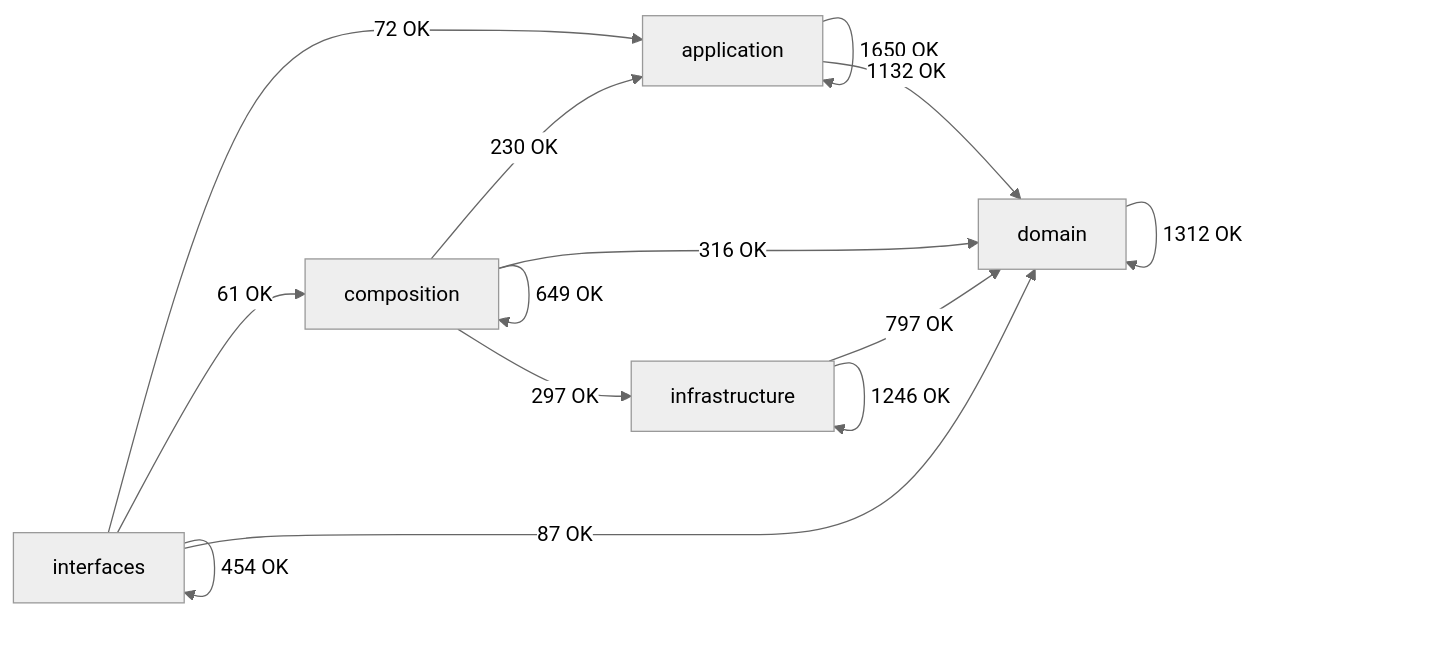
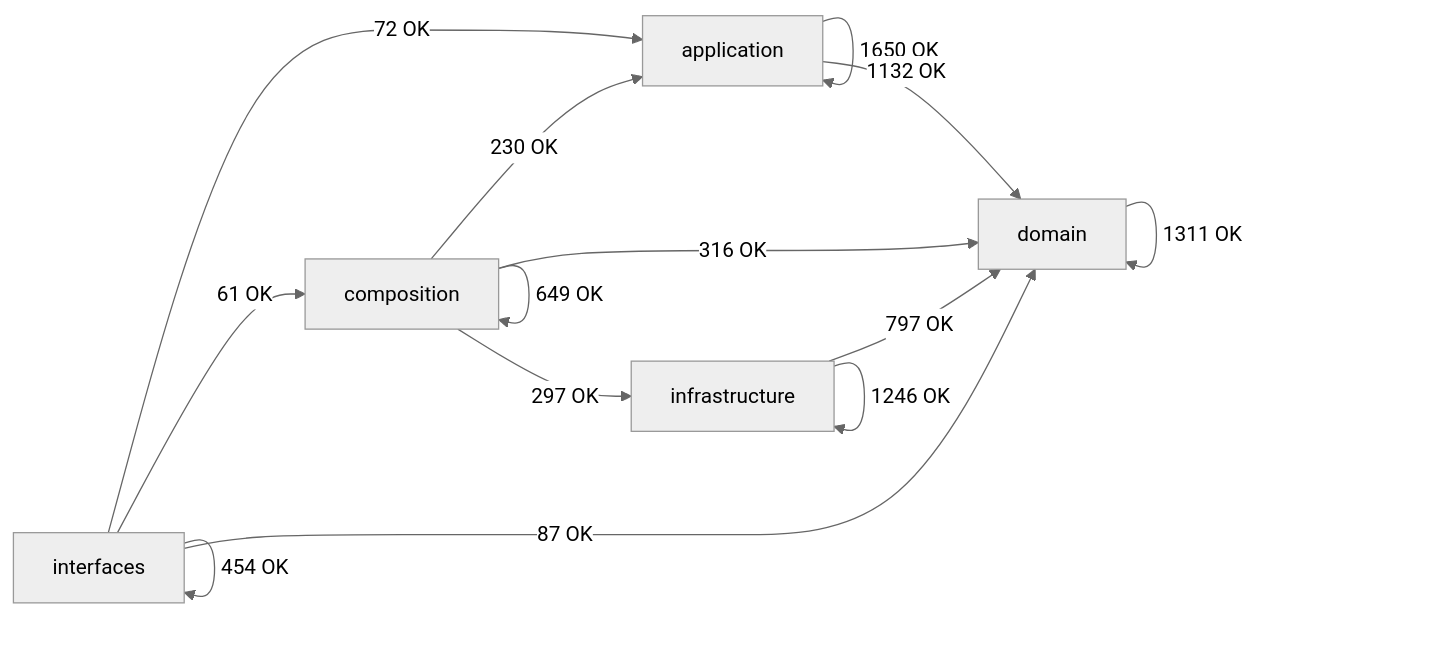
The diagram in docs/02-architecture/generated/module-dependency-map.md (SatoryKono/BioactivityDataAcquisition), drawn with Mermaid (neutral theme) before and after one commit. The commit also changed other lines of this file and 2 other files, not shown here.

````diff
--- a/docs/02-architecture/generated/module-dependency-map.md
+++ b/docs/02-architecture/generated/module-dependency-map.md
@@ -17,21 +17,21 @@
 ```mermaid
 flowchart LR
     domain[domain]
     application[application]
     infrastructure[infrastructure]
     composition[composition]
     interfaces[interfaces]
     application -->|1650 OK| application
     application -->|1132 OK| domain
     composition -->|230 OK| application
     composition -->|649 OK| composition
     composition -->|316 OK| domain
     composition -->|297 OK| infrastructure
-    domain -->|1312 OK| domain
+    domain -->|1311 OK| domain
     infrastructure -->|797 OK| domain
     infrastructure -->|1246 OK| infrastructure
     interfaces -->|72 OK| application
     interfaces -->|61 OK| composition
     interfaces -->|87 OK| domain
     interfaces -->|454 OK| interfaces
 ```
````
